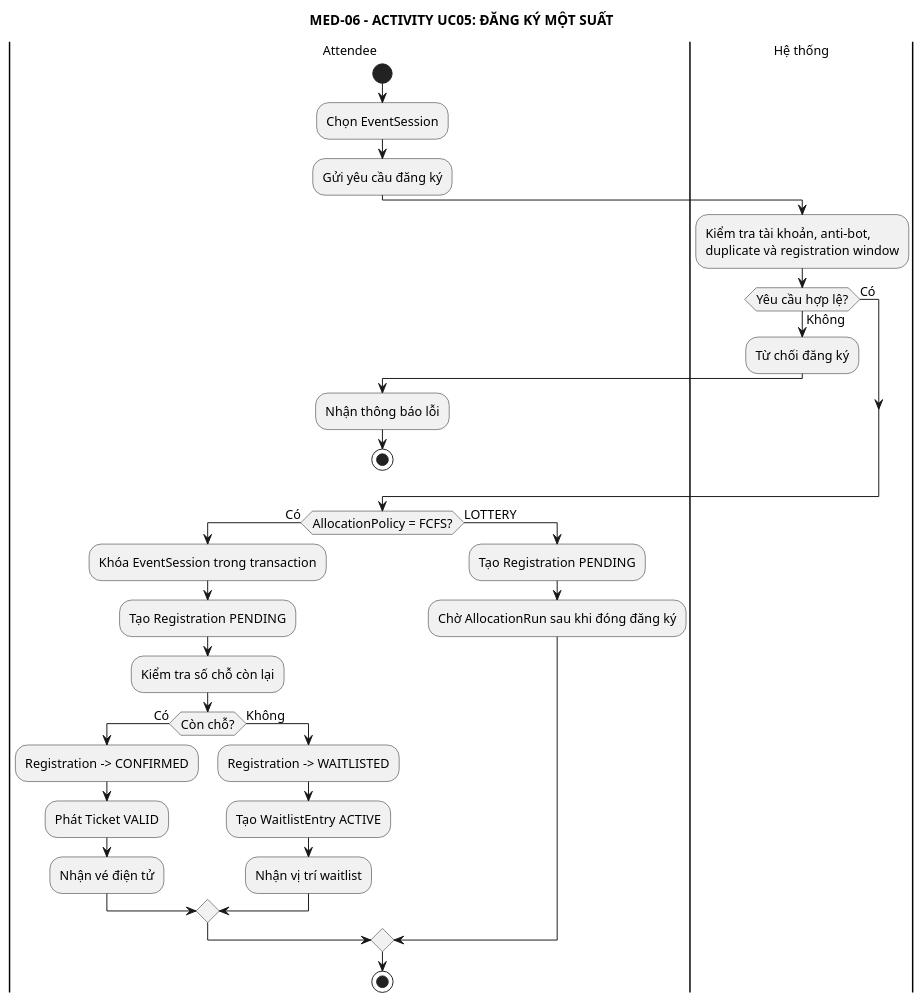
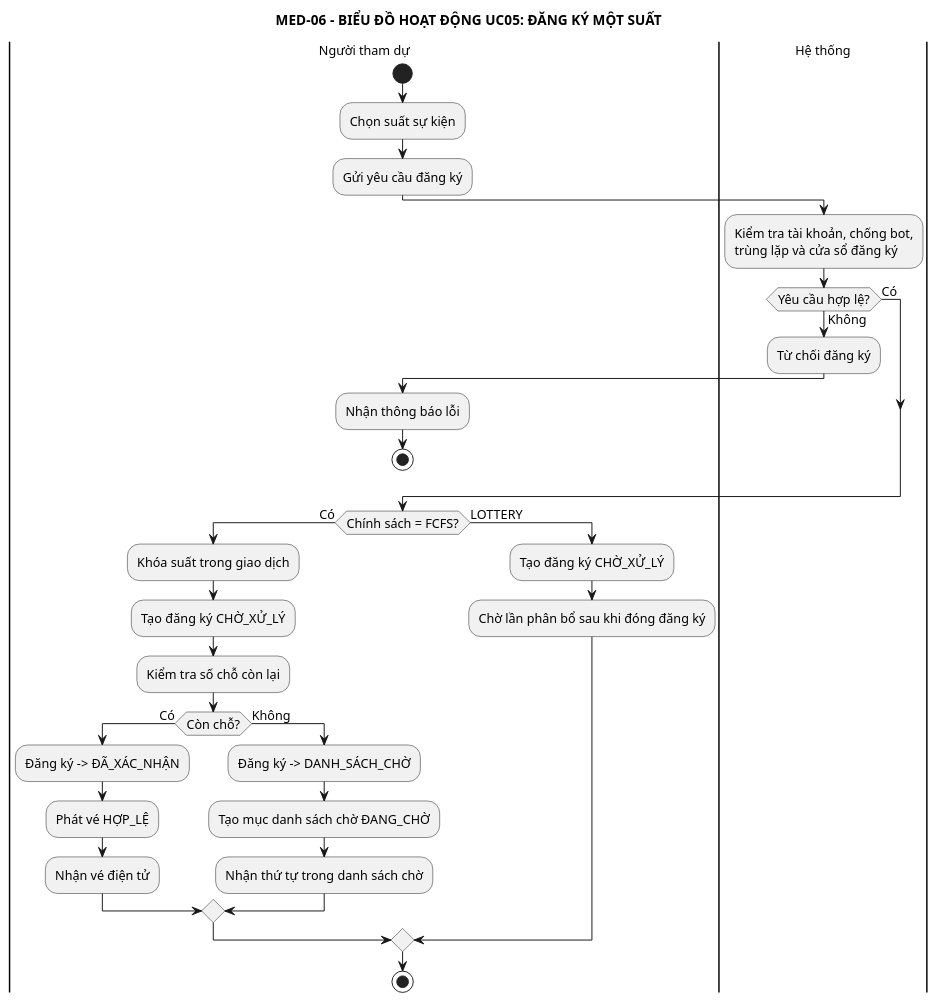
Before and after one commit to anh632k-ui/OOP-DoAn: the diagram in PTTK/06_Activity/01-registration-flow.puml, drawn with PlantUML.

Commit message:
docs(tv): Việt hóa sơ đồ PTTK động

```diff
--- a/PTTK/06_Activity/01-registration-flow.puml
+++ b/PTTK/06_Activity/01-registration-flow.puml
@@ -1,49 +1,45 @@
 @startuml
 skinparam monochrome true
 skinparam shadowing false
 skinparam defaultFontSize 13
+title MED-06 - BIỂU ĐỒ HOẠT ĐỘNG UC05: ĐĂNG KÝ MỘT SUẤT
 
-title MED-06 - ACTIVITY UC05: ĐĂNG KÝ MỘT SUẤT
-
-|Attendee|
+|Người tham dự|
 start
-:Chọn EventSession;
+:Chọn suất sự kiện;
 :Gửi yêu cầu đăng ký;
 
 |Hệ thống|
-:Kiểm tra tài khoản, anti-bot,
-duplicate và registration window;
+:Kiểm tra tài khoản, chống bot,
+trùng lặp và cửa sổ đăng ký;
 
 if (Yêu cầu hợp lệ?) then (Có)
 else (Không)
   :Từ chối đăng ký;
-  |Attendee|
+  |Người tham dự|
   :Nhận thông báo lỗi;
   stop
 endif
 
-if (AllocationPolicy = FCFS?) then (Có)
-  :Khóa EventSession trong transaction;
-  :Tạo Registration PENDING;
+if (Chính sách = FCFS?) then (Có)
+  :Khóa suất trong giao dịch;
+  :Tạo đăng ký CHỜ_XỬ_LÝ;
   :Kiểm tra số chỗ còn lại;
-
   if (Còn chỗ?) then (Có)
-    :Registration -> CONFIRMED;
-    :Phát Ticket VALID;
-    |Attendee|
+    :Đăng ký -> ĐÃ_XÁC_NHẬN;
+    :Phát vé HỢP_LỆ;
+    |Người tham dự|
     :Nhận vé điện tử;
   else (Không)
-    :Registration -> WAITLISTED;
-    :Tạo WaitlistEntry ACTIVE;
-    |Attendee|
-    :Nhận vị trí waitlist;
+    :Đăng ký -> DANH_SÁCH_CHỜ;
+    :Tạo mục danh sách chờ ĐANG_CHỜ;
+    |Người tham dự|
+    :Nhận thứ tự trong danh sách chờ;
   endif
-
 else (LOTTERY)
-  :Tạo Registration PENDING;
-  |Attendee|
-  :Chờ AllocationRun sau khi đóng đăng ký;
+  :Tạo đăng ký CHỜ_XỬ_LÝ;
+  |Người tham dự|
+  :Chờ lần phân bổ sau khi đóng đăng ký;
 endif
-
 stop
 @enduml
```
